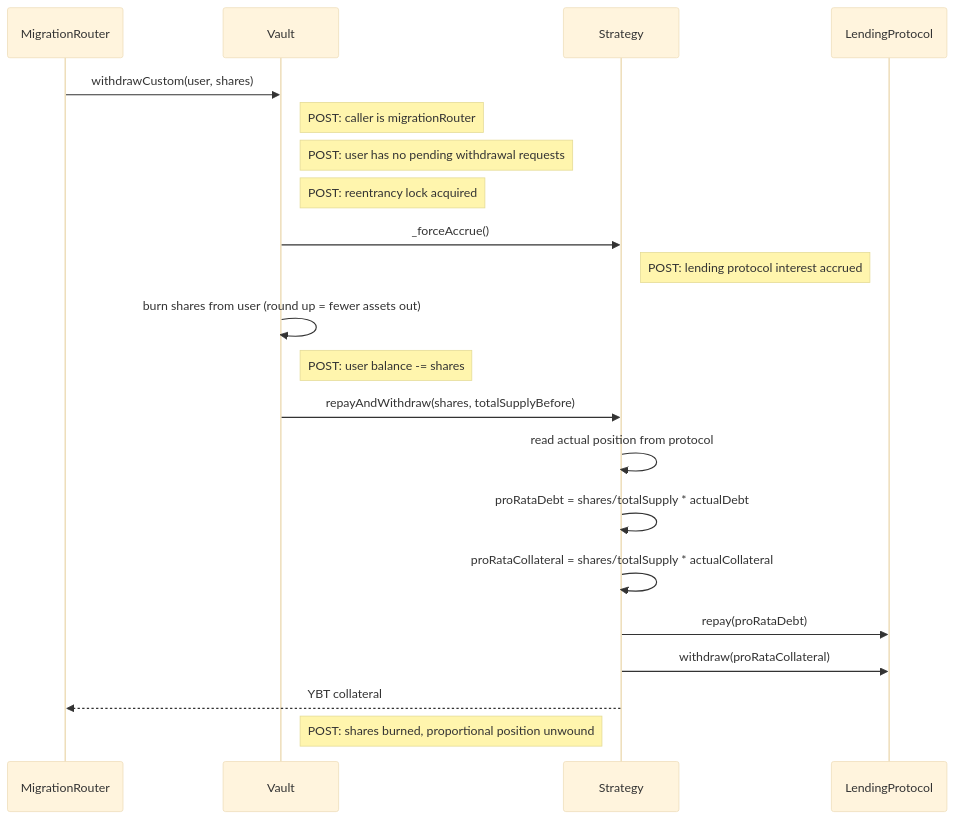
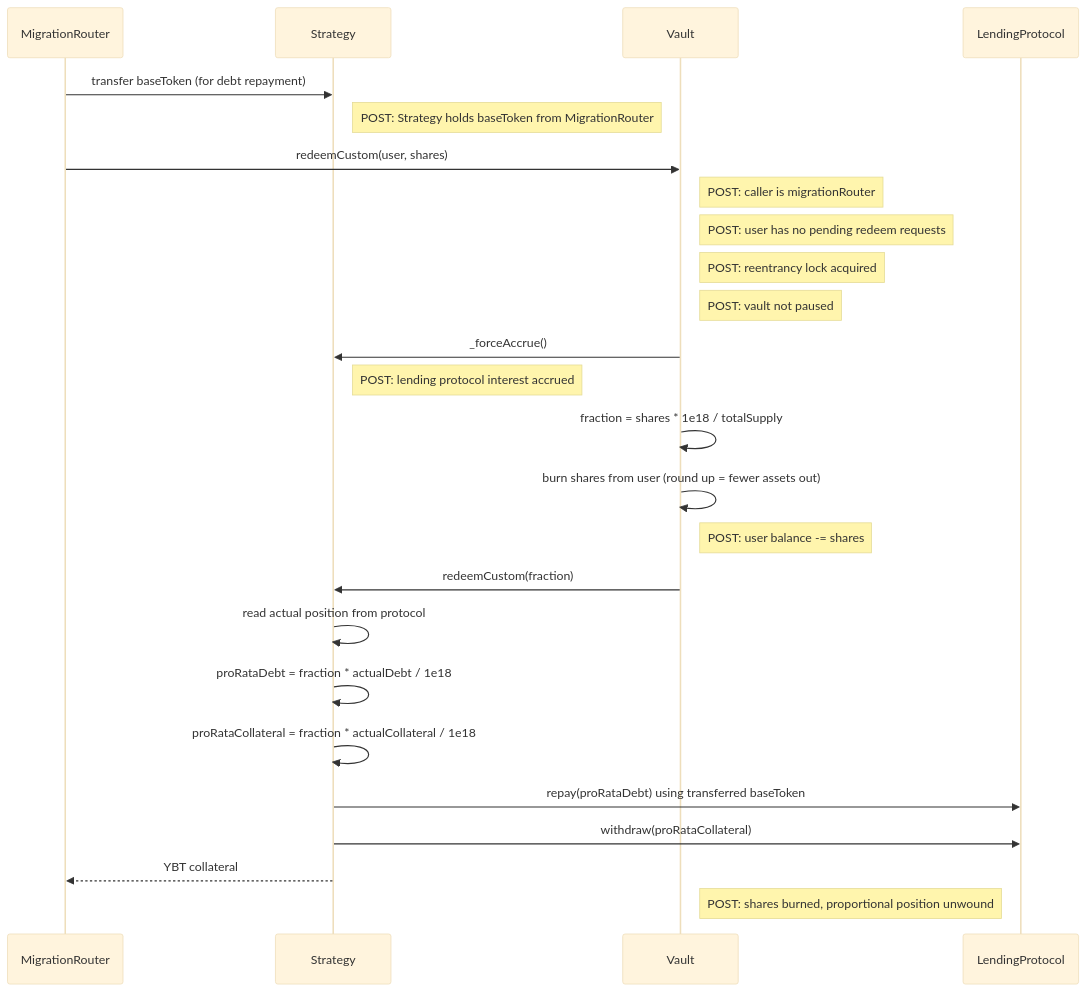
One commit to evgenynacu/leverage-vaults changed the tenth of 17 diagrams in docs/architecture/call-diagrams.md. Above: the diagram before and after it, drawn with Mermaid (base theme). The commit also changed other lines of this file and 10 other files, not shown here.

````diff
--- a/docs/architecture/call-diagrams.md
+++ b/docs/architecture/call-diagrams.md
@@ -157,19 +191,23 @@
 ```mermaid
 sequenceDiagram
-    MigrationRouter->>Vault: withdrawCustom(user, shares)
+    MigrationRouter->>Strategy: transfer baseToken (for debt repayment)
+    note right of Strategy: POST: Strategy holds baseToken from MigrationRouter
+    MigrationRouter->>Vault: redeemCustom(user, shares)
     note right of Vault: POST: caller is migrationRouter
-    note right of Vault: POST: user has no pending withdrawal requests
+    note right of Vault: POST: user has no pending redeem requests
     note right of Vault: POST: reentrancy lock acquired
+    note right of Vault: POST: vault not paused
     Vault->>Strategy: _forceAccrue()
     note right of Strategy: POST: lending protocol interest accrued
+    Vault->>Vault: fraction = shares * 1e18 / totalSupply
     Vault->>Vault: burn shares from user (round up = fewer assets out)
     note right of Vault: POST: user balance -= shares
-    Vault->>Strategy: repayAndWithdraw(shares, totalSupplyBefore)
+    Vault->>Strategy: redeemCustom(fraction)
     Strategy->>Strategy: read actual position from protocol
-    Strategy->>Strategy: proRataDebt = shares/totalSupply * actualDebt
-    Strategy->>Strategy: proRataCollateral = shares/totalSupply * actualCollateral
-    Strategy->>LendingProtocol: repay(proRataDebt)
+    Strategy->>Strategy: proRataDebt = fraction * actualDebt / 1e18
+    Strategy->>Strategy: proRataCollateral = fraction * actualCollateral / 1e18
+    Strategy->>LendingProtocol: repay(proRataDebt) using transferred baseToken
     Strategy->>LendingProtocol: withdraw(proRataCollateral)
     Strategy-->>MigrationRouter: YBT collateral
     note right of Vault: POST: shares burned, proportional position unwound
 ```
````
